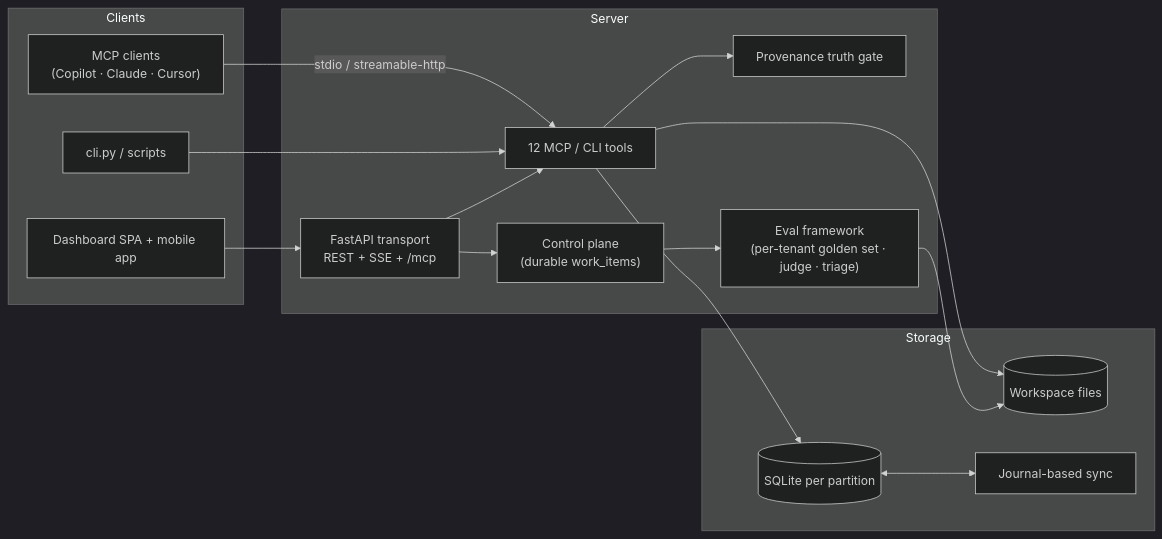
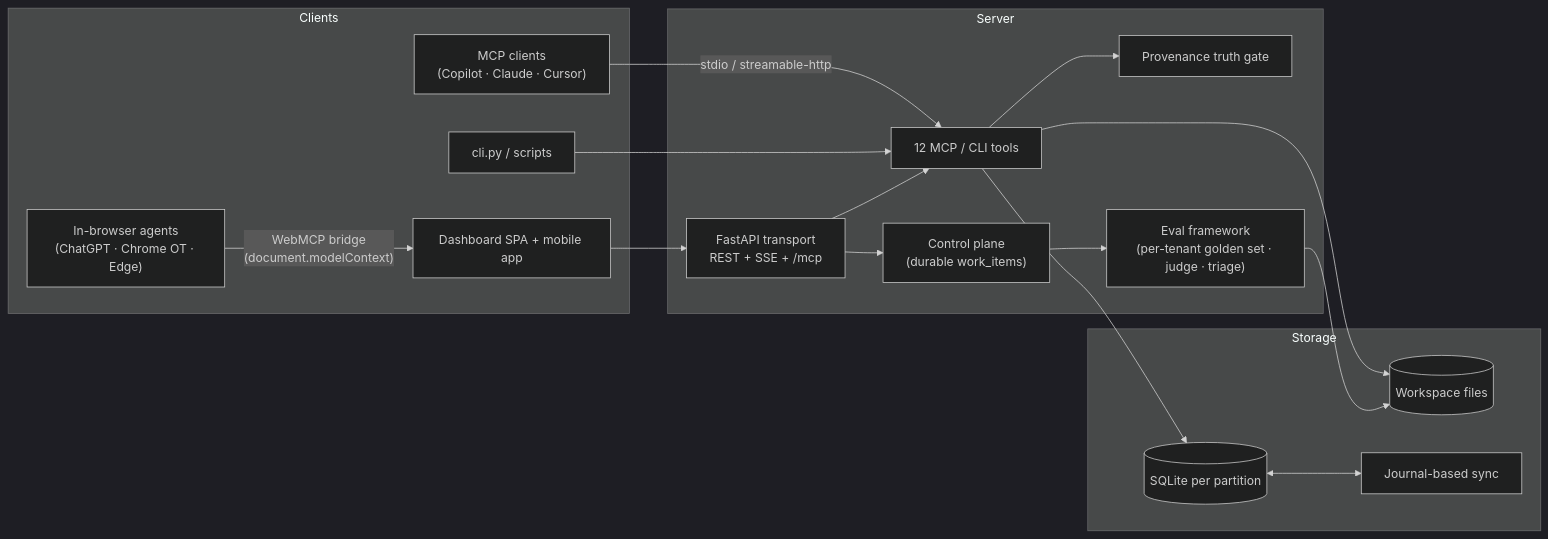
Before and after one commit to JustLikeFrank3/jobContextMCP: the diagram in README.md, drawn with Mermaid (dark theme). The commit also changed other lines of this file and 1 other file, not shown here.

First line of the commit message:
docs: surface WebMCP/ChatGPT at the top of the README, drop Zed, catch up the release ledger

````diff
--- a/README.md
+++ b/README.md
@@ -186,31 +186,33 @@
 ```mermaid
 flowchart LR
     subgraph Clients
         AI["MCP clients<br/>(Copilot · Claude · Cursor)"]
+        WMCP["In-browser agents<br/>(ChatGPT · Chrome OT · Edge)"]
         WEB["Dashboard SPA + mobile app"]
         CLI["cli.py / scripts"]
     end
     subgraph Server
         TOOLS["12 MCP / CLI tools"]
         HTTP["FastAPI transport<br/>REST + SSE + /mcp"]
         WORK["Control plane<br/>(durable work_items)"]
         GATE["Provenance truth gate"]
         EVALS["Eval framework<br/>(per-tenant golden set · judge · triage)"]
     end
     subgraph Storage
         DB[("SQLite per partition")]
         WS[("Workspace files")]
         SYNC["Journal-based sync"]
     end
     AI -->|stdio / streamable-http| TOOLS
+    WMCP -->|"WebMCP bridge<br/>(document.modelContext)"| WEB
     WEB --> HTTP
     CLI --> TOOLS
     HTTP --> TOOLS
     HTTP --> WORK
     TOOLS --> GATE
     TOOLS --> DB
     TOOLS --> WS
     DB <--> SYNC
     WORK --> EVALS
     EVALS --> WS
 ```
````
